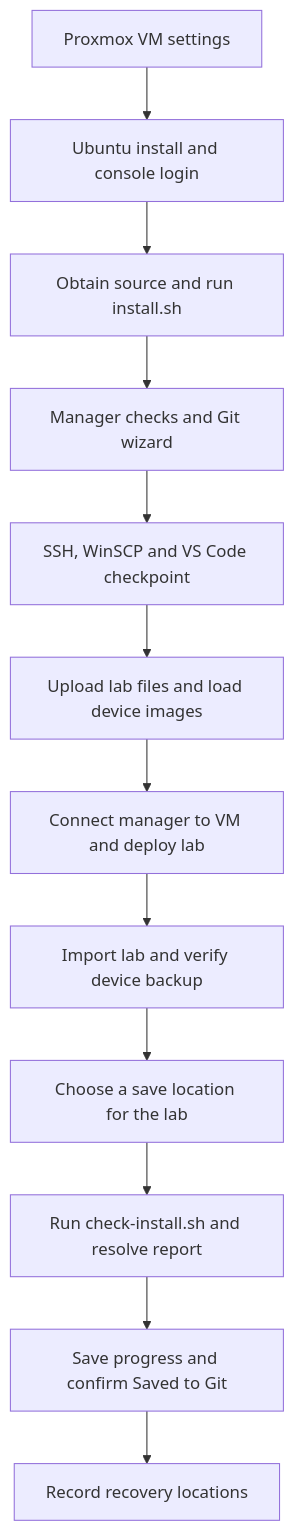
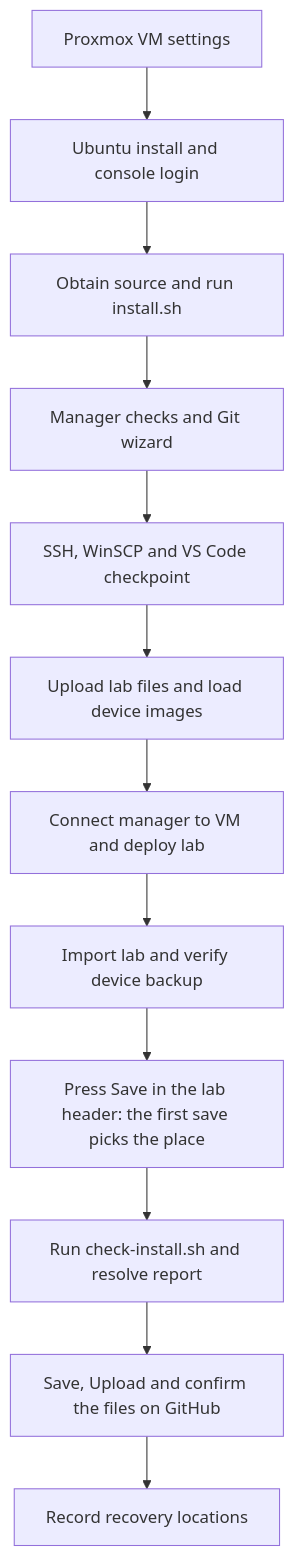
One commit to ArchRuger/CLAB-BACKUP-WORKER-v2 changed the diagram in docs/FRESH-VM-GUIDE-V2.md. Above: the diagram before and after it, drawn with Mermaid. The commit also changed other lines of this file and 10 other files, not shown here.

````diff
--- a/docs/FRESH-VM-GUIDE-V2.md
+++ b/docs/FRESH-VM-GUIDE-V2.md
@@ -62,14 +62,14 @@
 ```mermaid
 flowchart TD
     A[Proxmox VM settings] --> B[Ubuntu install and console login]
     B --> C[Obtain source and run install.sh]
     C --> D[Manager checks and Git wizard]
     D --> E[SSH, WinSCP and VS Code checkpoint]
     E --> F[Upload lab files and load device images]
     F --> G[Connect manager to VM and deploy lab]
     G --> H[Import lab and verify device backup]
-    H --> I[Choose a save location for the lab]
+    H --> I[Press Save in the lab header: the first save picks the place]
     I --> J[Run check-install.sh and resolve report]
-    J --> K[Save progress and confirm Saved to Git]
+    J --> K[Save, Upload and confirm the files on GitHub]
     K --> L[Record recovery locations]
 ```
````
